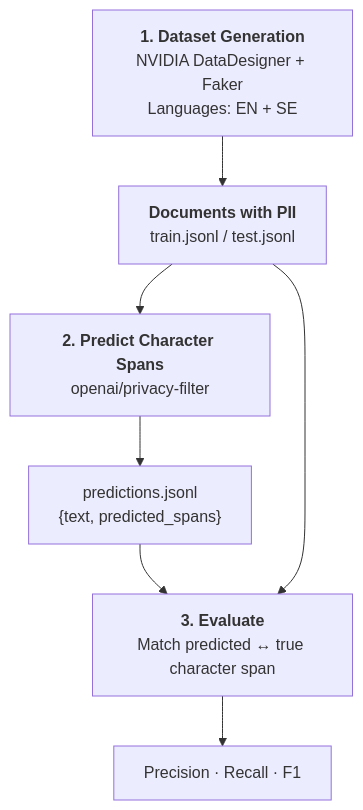
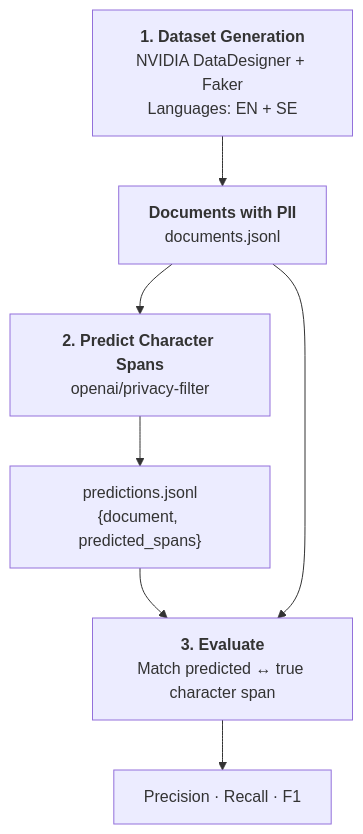
Before and after one commit to Hjalmar-Ohman/explore-openai-pii: the diagram in diagram.md, drawn with Mermaid. The commit also changed 26 other files, not shown here.

````diff
--- a/diagram.md
+++ b/diagram.md
@@ -1,23 +1,23 @@
 ```mermaid
 flowchart TD
     GEN["`**1. Dataset Generation**
 
 NVIDIA DataDesigner + Faker
 Languages: EN + SE`"]
 
     GEN --> DOCS["`**Documents with PII**
 
-train.jsonl  /  test.jsonl`"]
+documents.jsonl`"]
 
     DOCS --> PRED["`**2. Predict Character Spans**
 openai/privacy-filter`"]
 
     PRED --> POUT["`predictions.jsonl
-{text, predicted_spans}`"]
+{document, predicted_spans}`"]
 
     POUT --> EVAL["`**3. Evaluate**
     Match predicted ↔ true character span`"]
     DOCS --> EVAL
 
     EVAL --> METRICS["`Precision  ·  Recall  ·  F1`"]
 ```
````
